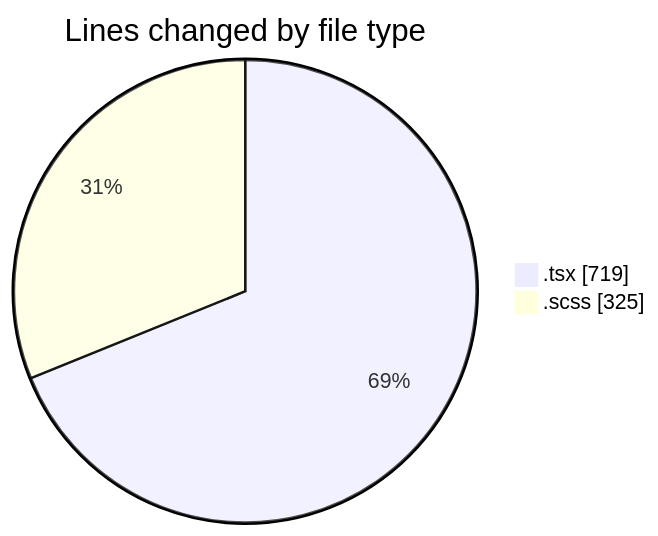
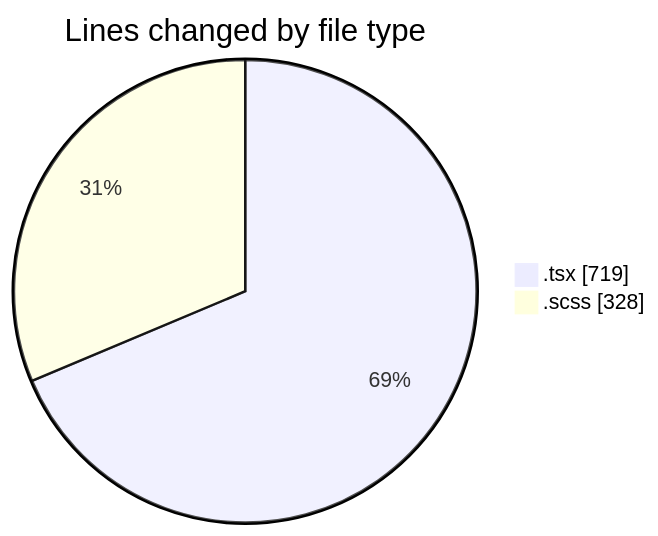
Before and after one commit to momahboobian/code-tracking: the first of 2 diagrams in 2025-10-06/cda/README.md, drawn with Mermaid. The commit also changed other lines of this file and 1 other file, not shown here.

````diff
--- a/2025-10-06/cda/README.md
+++ b/2025-10-06/cda/README.md
@@ -23,6 +23,6 @@
 ```mermaid
 pie showData
 title Lines changed by file type
 ".tsx" : 719
-".scss" : 325
+".scss" : 328
 ```
````
